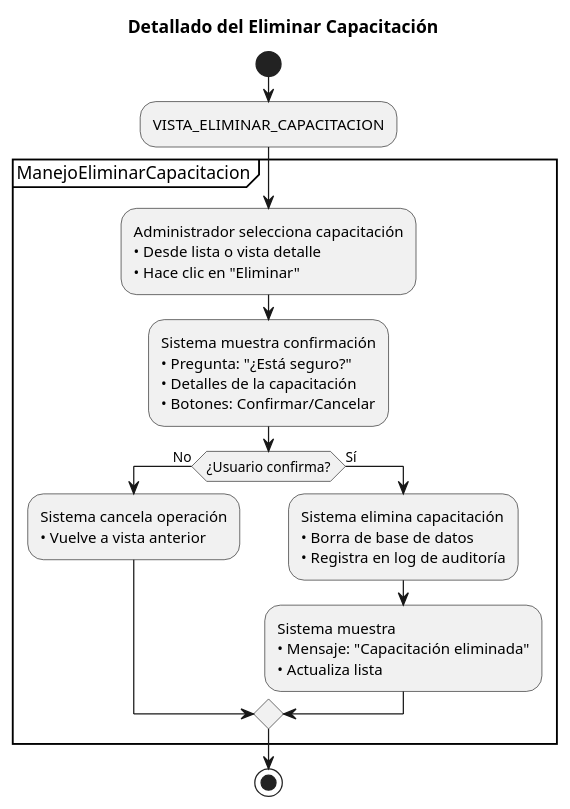
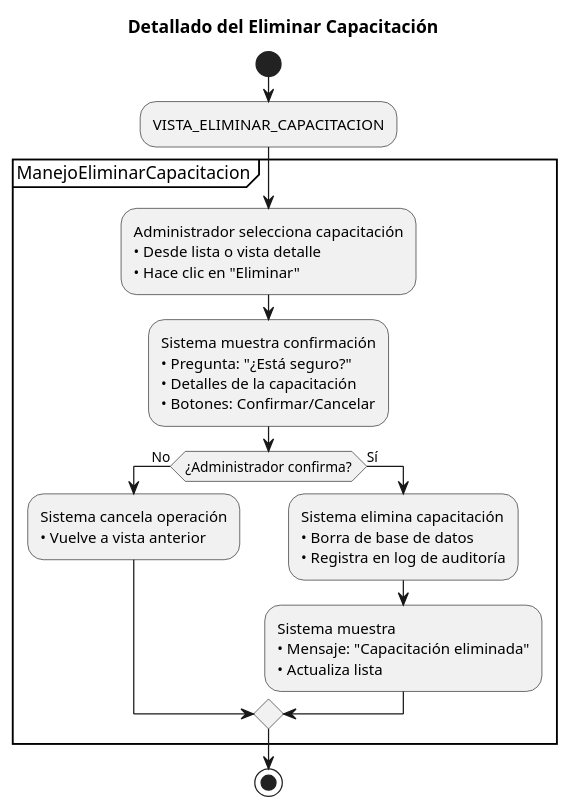
The diagram in casos_de_uso/diagramas_casos_de_uso_detallados/eliminar_capacitacion.puml (Dievex/24-25-IdSw1-SDR), drawn with PlantUML before and after one commit. The commit also changed 3 other files, not shown here.

Commit message:
docs(use-case-diagrams): update actor role from "Usuario" to "Administrador" changed from

```diff
--- a/casos_de_uso/diagramas_casos_de_uso_detallados/eliminar_capacitacion.puml
+++ b/casos_de_uso/diagramas_casos_de_uso_detallados/eliminar_capacitacion.puml
@@ -1,41 +1,41 @@
 @startuml
 title Detallado del Eliminar Capacitación
 
 start
 
 :VISTA_ELIMINAR_CAPACITACION;
 
 partition ManejoEliminarCapacitacion {
   
   :Administrador selecciona capacitación
   • Desde lista o vista detalle
   • Hace clic en "Eliminar";
   
   
   
   :Sistema muestra confirmación
   • Pregunta: "¿Está seguro?"
   • Detalles de la capacitación
   • Botones: Confirmar/Cancelar;
     
-    if (¿Usuario confirma?) then (No)
+    if (¿Administrador confirma?) then (No)
       :Sistema cancela operación
       • Vuelve a vista anterior;
       
     else (Sí)
       :Sistema elimina capacitación
       • Borra de base de datos
       • Registra en log de auditoría;
       
       :Sistema muestra
       • Mensaje: "Capacitación eliminada"
       • Actualiza lista;
       
     endif
     
   
   
 }
 
 stop
 @enduml
```
